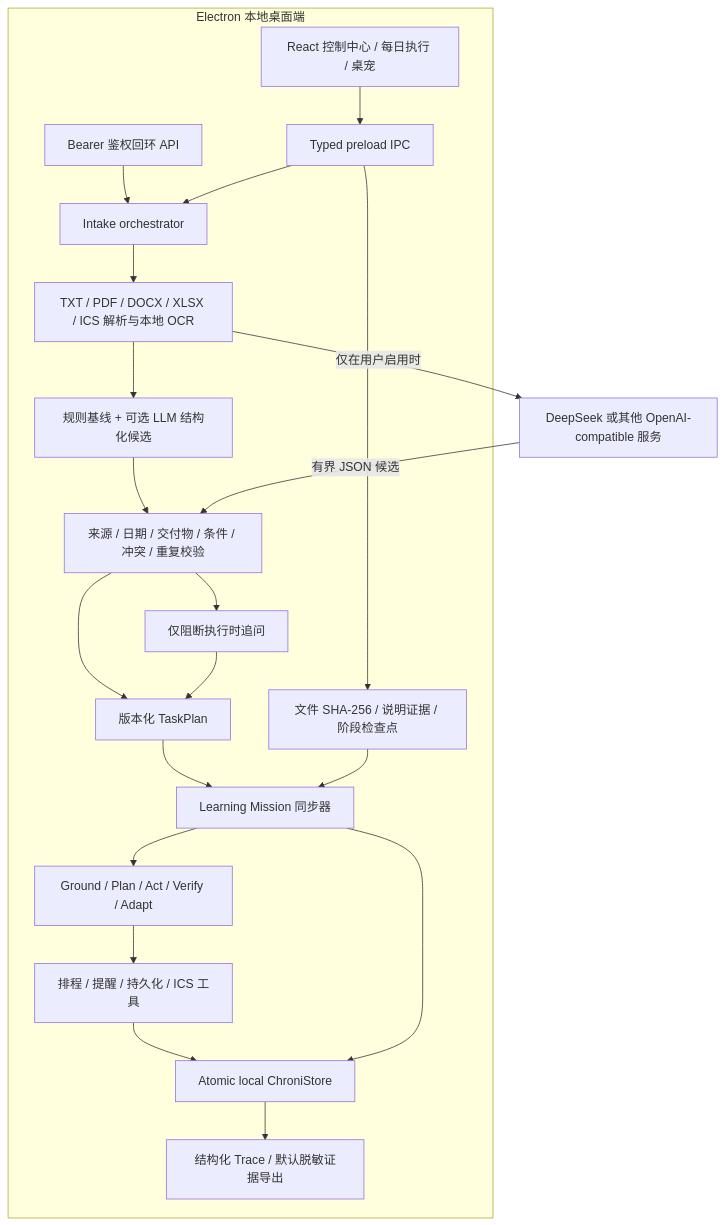
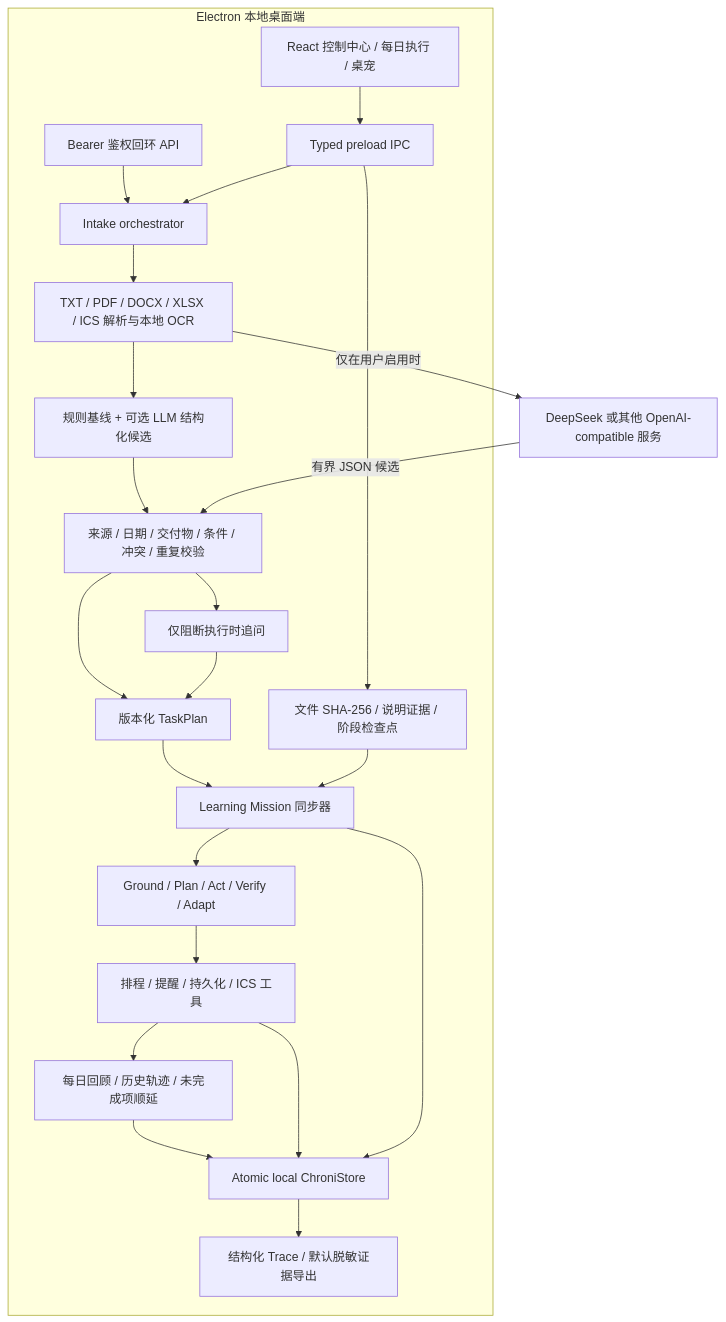
The diagram in docs/goai/03-technical-solution.md (miracle121388-a11y/chroni), drawn with Mermaid before and after one commit. The commit also changed other lines of this file and 8 other files, not shown here.

````diff
--- a/docs/goai/03-technical-solution.md
+++ b/docs/goai/03-technical-solution.md
@@ -5,24 +5,26 @@
 ```mermaid
 flowchart TB
   subgraph Desktop["Electron 本地桌面端"]
     UI["React 控制中心 / 每日执行 / 桌宠"] --> IPC["Typed preload IPC"]
     API["Bearer 鉴权回环 API"] --> INTAKE["Intake orchestrator"]
     IPC --> INTAKE
     INTAKE --> PARSE["TXT / PDF / DOCX / XLSX / ICS 解析与本地 OCR"]
     PARSE --> EXTRACT["规则基线 + 可选 LLM 结构化候选"]
     EXTRACT --> GROUND["来源 / 日期 / 交付物 / 条件 / 冲突 / 重复校验"]
     GROUND --> CLARIFY["仅阻断执行时追问"]
     GROUND --> PLAN["版本化 TaskPlan"]
     CLARIFY --> PLAN
     PLAN --> MISSION["Learning Mission 同步器"]
     MISSION --> AGENT["Ground / Plan / Act / Verify / Adapt"]
     AGENT --> TOOLS["排程 / 提醒 / 持久化 / ICS 工具"]
+    TOOLS --> REVIEW["每日回顾 / 历史轨迹 / 未完成项顺延"]
+    REVIEW --> STORE
     IPC --> EVIDENCE["文件 SHA-256 / 说明证据 / 阶段检查点"]
     EVIDENCE --> MISSION
     TOOLS --> STORE["Atomic local ChroniStore"]
     MISSION --> STORE
     STORE --> TRACE["结构化 Trace / 默认脱敏证据导出"]
   end
   PARSE -->|"仅在用户启用时"| MODEL["DeepSeek 或其他 OpenAI-compatible 服务"]
   MODEL -->|"有界 JSON 候选"| GROUND
 ```
````
